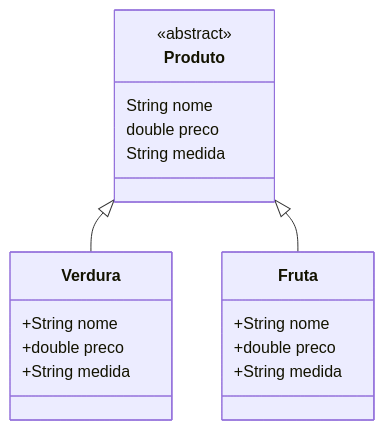
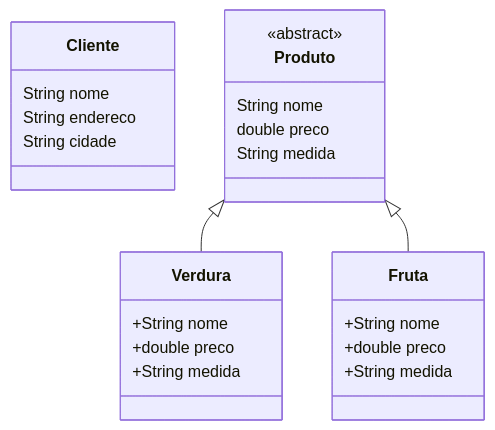
The diagram in README.md (Jacimarct/MercadoDaEsquina), drawn with Mermaid before and after one commit.

````diff
--- a/README.md
+++ b/README.md
@@ -5,24 +5,31 @@
 ``` mermaid
 classDiagram
+    class Cliente {
+        String nome
+        String endereco
+        String cidade
+    }
+
     class Produto {
         <<abstract>>
         String nome
         double preco
         String medida
     }
 
     Produto <|-- Verdura
     Produto <|-- Fruta
 
     class Verdura {
         +String nome
         +double preco
         +String medida
     }
 
     class Fruta {
         +String nome
         +double preco
         +String medida
     }
+
 ```
````
